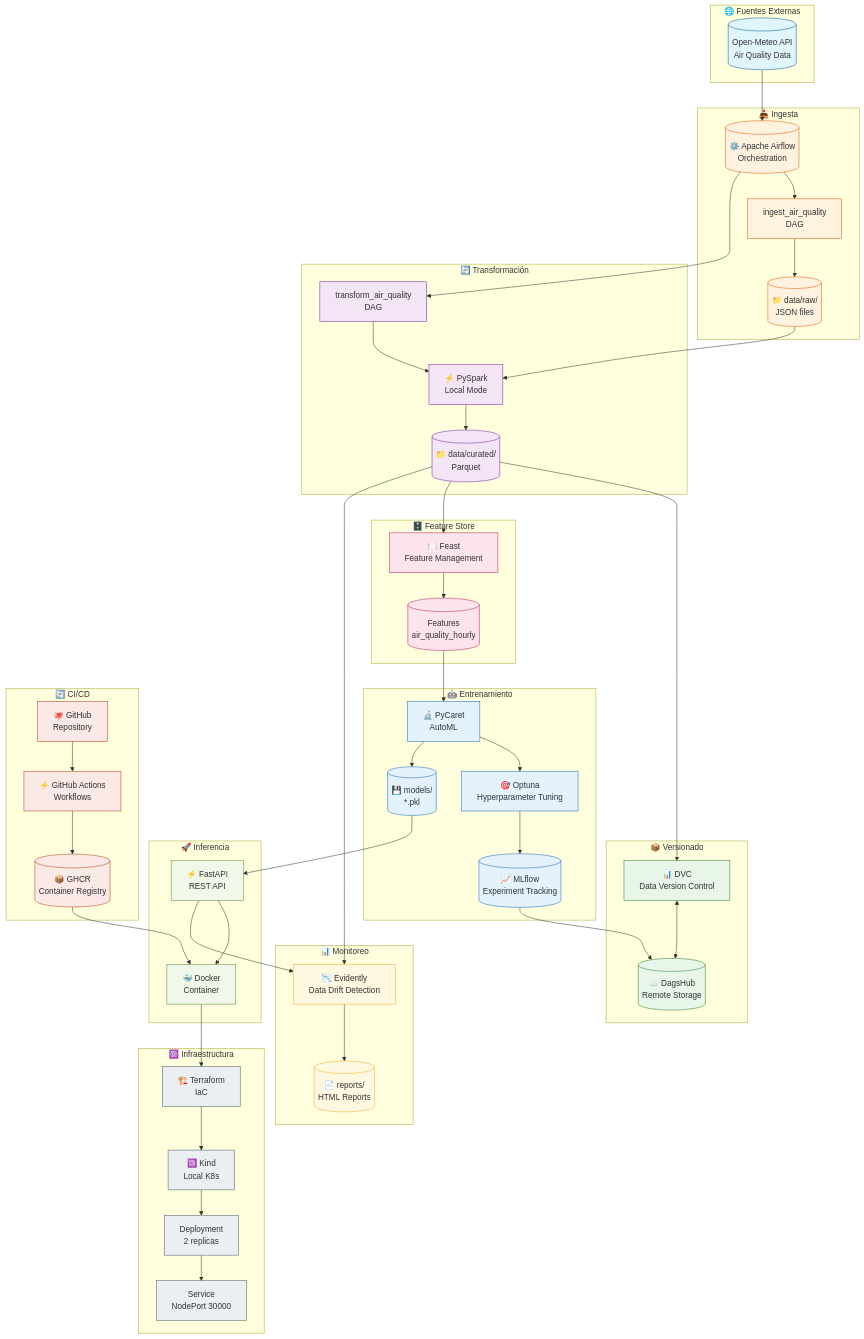
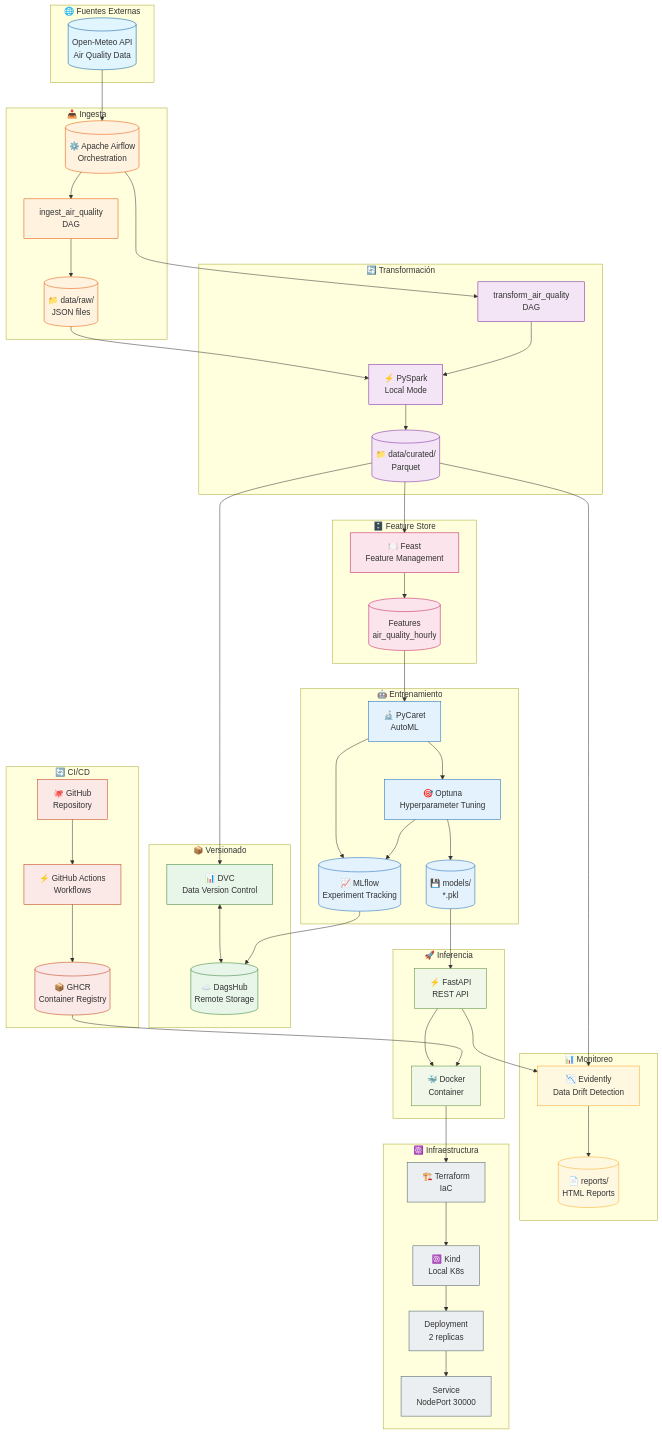
One commit to plijtmaer/air-quality-mlops changed the first of 4 diagrams in docs/architecture.md. Above: the diagram before and after it, drawn with Mermaid. The commit also changed other lines of this file and 1 other file, not shown here.

First line of the commit message:
docs: Update architecture diagram and README

```diff
--- a/docs/architecture.md
+++ b/docs/architecture.md
@@ -78,9 +78,10 @@
     
     FEATURES --> PYCARET
     PYCARET --> OPTUNA
+    PYCARET --> MLFLOW
     OPTUNA --> MLFLOW
     MLFLOW --> DAGSHUB
-    PYCARET --> MODEL
+    OPTUNA --> MODEL
     
     MODEL --> FASTAPI
     FASTAPI --> DOCKER
```
